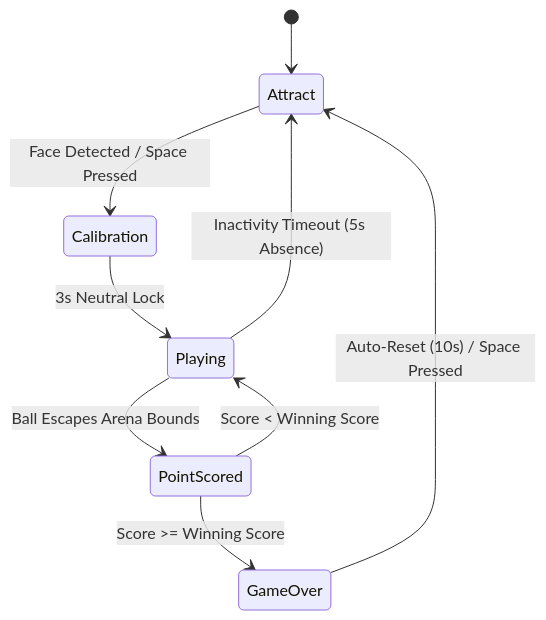
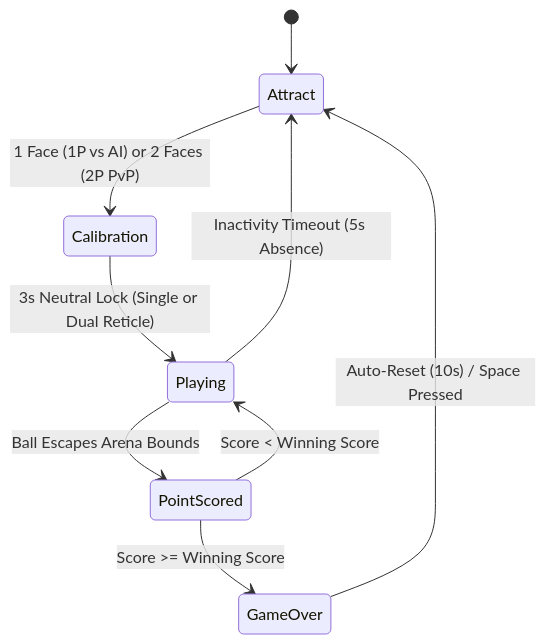
Before and after one commit to AndresRuzT/FacePong: the second of 2 diagrams in README.md, drawn with Mermaid. The commit also changed other lines of this file and 8 other files, not shown here.

````diff
--- a/README.md
+++ b/README.md
@@ -178,11 +188,11 @@
 ```mermaid
 stateDiagram-v2
     [*] --> Attract
-    Attract --> Calibration : Face Detected / Space Pressed
-    Calibration --> Playing : 3s Neutral Lock
+    Attract --> Calibration : 1 Face (1P vs AI) or 2 Faces (2P PvP)
+    Calibration --> Playing : 3s Neutral Lock (Single or Dual Reticle)
     Playing --> PointScored : Ball Escapes Arena Bounds
     PointScored --> Playing : Score < Winning Score
     PointScored --> GameOver : Score >= Winning Score
     Playing --> Attract : Inactivity Timeout (5s Absence)
     GameOver --> Attract : Auto-Reset (10s) / Space Pressed
 ```
````
